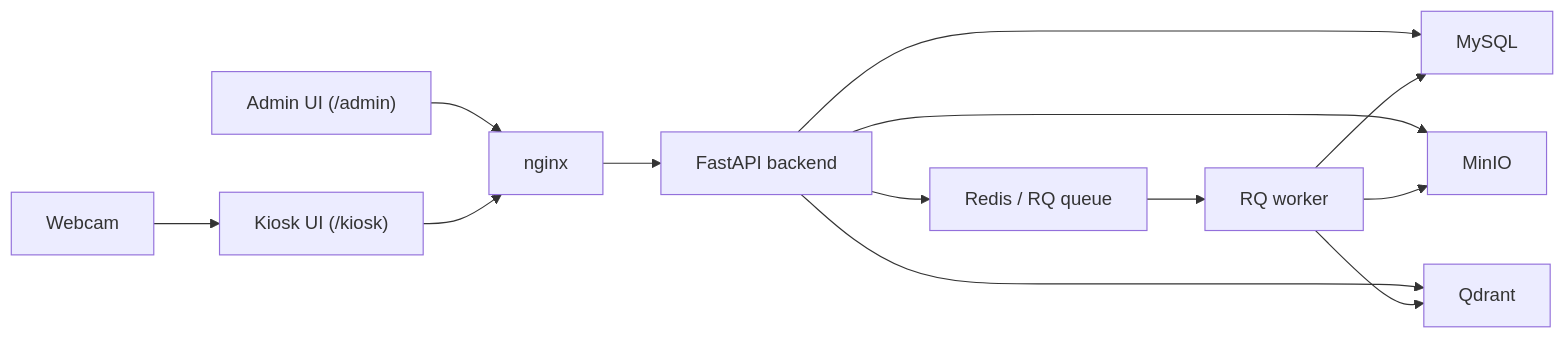
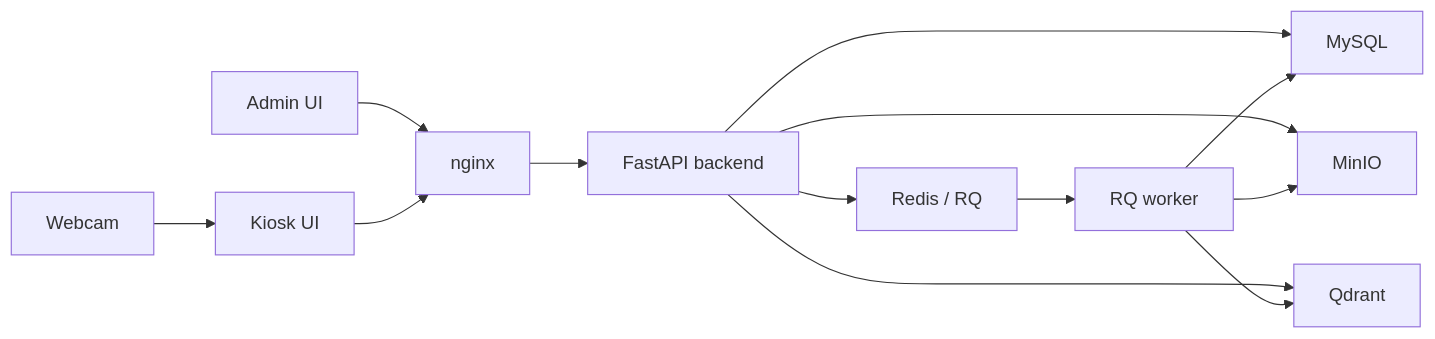
One commit to nguyenthanhlam2812/BTL_2526II_AIT3004_2-facial-recognition-system changed the first of 5 diagrams in docs/diagrams.md. Above: the diagram before and after it, drawn with Mermaid. The commit also changed other lines of this file and 8 other files, not shown here.

````diff
--- a/docs/diagrams.md
+++ b/docs/diagrams.md
@@ -5,26 +7,26 @@
 ```mermaid
 flowchart LR
-    Admin["Admin UI (/admin)"]
-    Kiosk["Kiosk UI (/kiosk)"]
+    Admin["Admin UI"]
+    Kiosk["Kiosk UI"]
     Nginx["nginx"]
     Backend["FastAPI backend"]
     Worker["RQ worker"]
-    Redis["Redis / RQ queue"]
+    Redis["Redis / RQ"]
     MySQL["MySQL"]
     MinIO["MinIO"]
     Qdrant["Qdrant"]
     Camera["Webcam"]
 
     Admin --> Nginx
     Kiosk --> Nginx
     Camera --> Kiosk
     Nginx --> Backend
     Backend --> MySQL
     Backend --> MinIO
     Backend --> Qdrant
     Backend --> Redis
     Redis --> Worker
     Worker --> MinIO
     Worker --> Qdrant
     Worker --> MySQL
 ```
````
